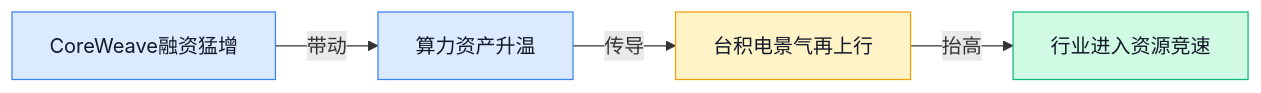
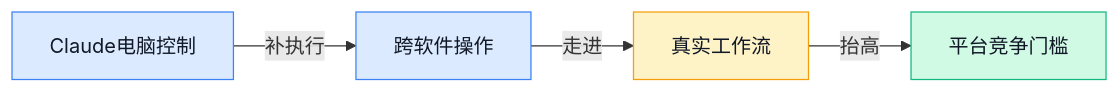
One commit to ylzsdafei/ai-daily-site changed the first of 8 diagrams in content/cn/blog/weekly/2026-W16.md. Above: the diagram before and after it, drawn with Mermaid. The commit also changed other lines of this file and 6 other files, not shown here.

````diff
--- a/content/cn/blog/weekly/2026-W16.md
+++ b/content/cn/blog/weekly/2026-W16.md
@@ -20,10 +20,12 @@
 ```mermaid
 graph LR
-A[CoreWeave融资猛增] -->|带动| B[算力资产升温] -->|传导| C[台积电景气再上行] -->|抬高| D[行业进入资源竞速]
+A[Claude电脑控制] -->|补执行| B[跨软件操作]
+B -->|走进| C[真实工作流]
+C -->|抬高| D[平台竞争门槛]
 classDef blue fill:#dbeafe,stroke:#3b82f6,color:#111827
 classDef yellow fill:#fef3c7,stroke:#f59e0b,color:#111827
 classDef green fill:#d1fae5,stroke:#10b981,color:#111827
 class A,B blue
 class C yellow
 class D green
 ```
````
